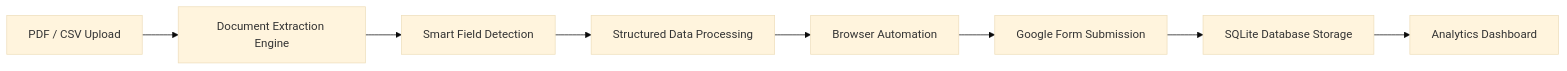
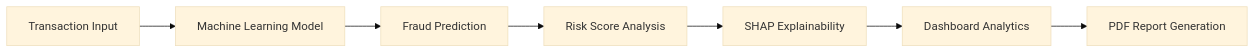
The diagram in README.md (HarishRavikumar510/Cyber-Fraud-Detection-System), drawn with Mermaid (base theme) before and after one commit. The commit also changed other lines of this file, not shown here.

First line of the commit message:
Revise README for Cyber Fraud Detection System

````diff
--- a/README.md
+++ b/README.md
@@ -43,10 +40,9 @@
 ```mermaid
 flowchart LR
-A[PDF / CSV Upload] --> B[Document Extraction Engine]
-B --> C[Smart Field Detection]
-C --> D[Structured Data Processing]
-D --> E[Browser Automation]
-E --> F[Google Form Submission]
-F --> G[SQLite Database Storage]
-G --> H[Analytics Dashboard]
+A[Transaction Input] --> B[Machine Learning Model]
+B --> C[Fraud Prediction]
+C --> D[Risk Score Analysis]
+D --> E[SHAP Explainability]
+E --> F[Dashboard Analytics]
+F --> G[PDF Report Generation]
 ```
````
